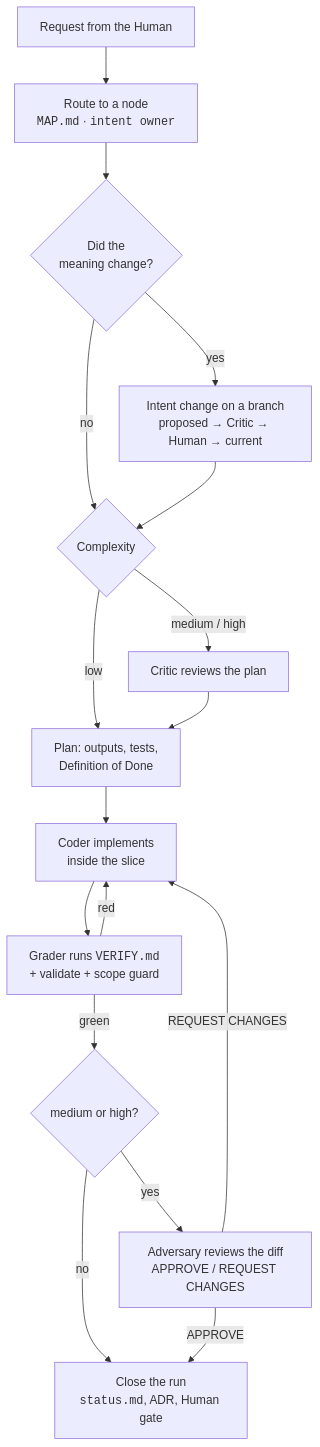
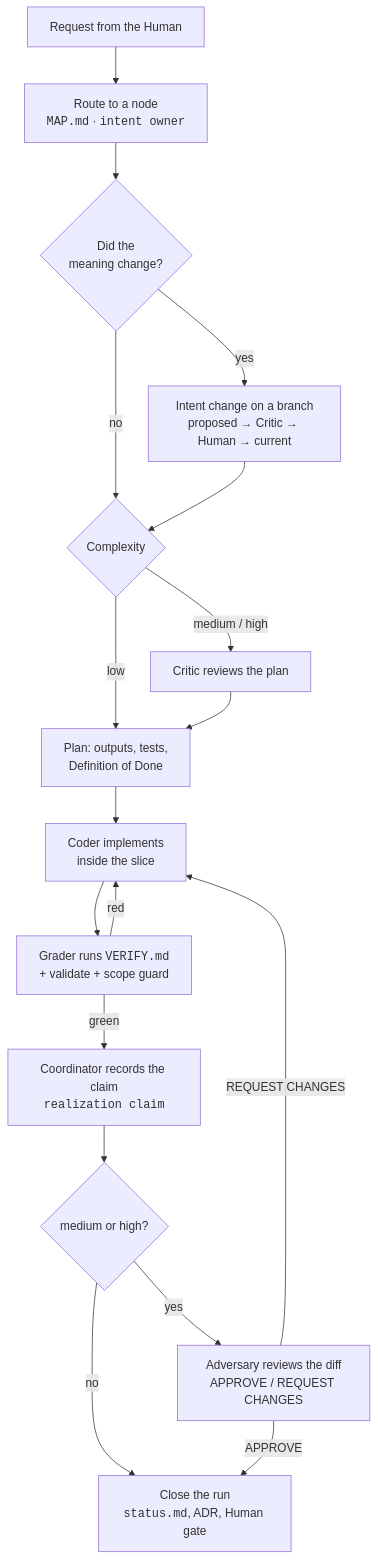
The second of 5 diagrams in README.md (ivomarvan/cursor-best-practices-template), drawn with Mermaid before and after one commit. The commit also changed other lines of this file and 33 other files, not shown here.

````diff
--- a/README.md
+++ b/README.md
@@ -111,19 +127,20 @@
 ```mermaid
 flowchart TD
     REQ["Request from the Human"] --> ROUTE["Route to a node<br/><code>MAP.md</code> · <code>intent owner</code>"]
     ROUTE --> MEAN{"Did the<br/>meaning change?"}
     MEAN -- yes --> TREE["Intent change on a branch<br/>proposed → Critic → Human → current"]
     MEAN -- no --> CX
     TREE --> CX{"Complexity"}
     CX -- low --> PLAN
     CX -- "medium / high" --> CRIT["Critic reviews the plan"]
     CRIT --> PLAN["Plan: outputs, tests,<br/>Definition of Done"]
     PLAN --> CODE["Coder implements<br/>inside the slice"]
     CODE --> GRADE["Grader runs <code>VERIFY.md</code><br/>+ validate + scope guard"]
     GRADE -- red --> CODE
-    GRADE -- green --> ADV{"medium or high?"}
+    GRADE -- green --> CLAIM["Coordinator records the claim<br/><code>realization claim</code>"]
+    CLAIM --> ADV{"medium or high?"}
     ADV -- yes --> REV["Adversary reviews the diff<br/>APPROVE / REQUEST CHANGES"]
     ADV -- no --> CLOSE
     REV -- "REQUEST CHANGES" --> CODE
     REV -- APPROVE --> CLOSE["Close the run<br/><code>status.md</code>, ADR, Human gate"]
 ```
````
